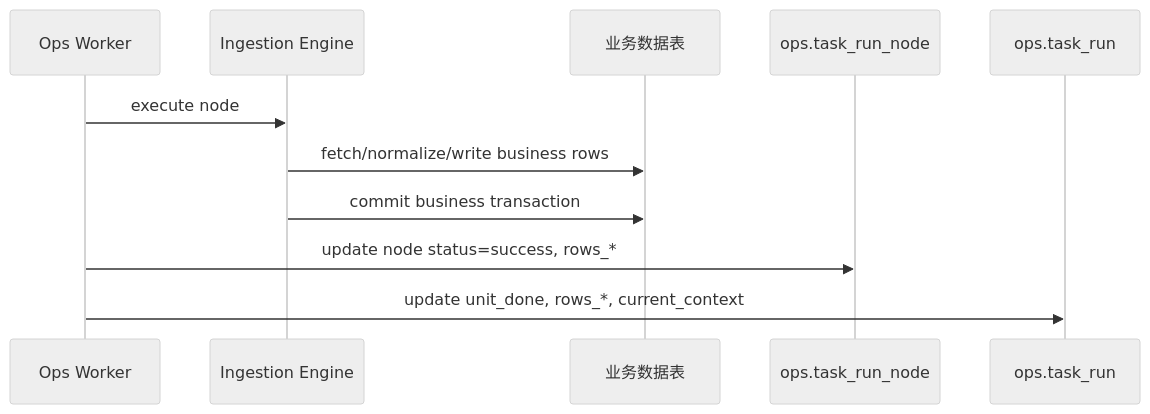
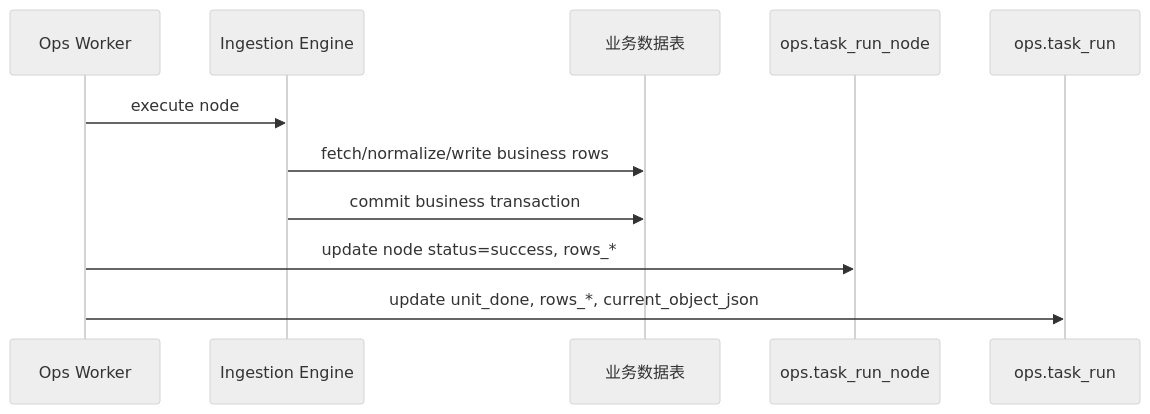
The fourth of 10 diagrams in docs/ops/ops-task-run-observability-redesign-plan-v1.md (chiuser/goldenshare), drawn with Mermaid (neutral theme) before and after one commit. The commit also changed other lines of this file and 14 other files, not shown here.

````diff
--- a/docs/ops/ops-task-run-observability-redesign-plan-v1.md
+++ b/docs/ops/ops-task-run-observability-redesign-plan-v1.md
@@ -385,14 +387,14 @@
 ```mermaid
 sequenceDiagram
     participant Worker as Ops Worker
     participant Engine as Ingestion Engine
     participant DBBiz as 业务数据表
     participant DBNode as ops.task_run_node
     participant DBRun as ops.task_run
 
     Worker->>Engine: execute node
     Engine->>DBBiz: fetch/normalize/write business rows
     Engine->>DBBiz: commit business transaction
     Worker->>DBNode: update node status=success, rows_*
-    Worker->>DBRun: update unit_done, rows_*, current_context
+    Worker->>DBRun: update unit_done, rows_*, current_object_json
 ```
````
